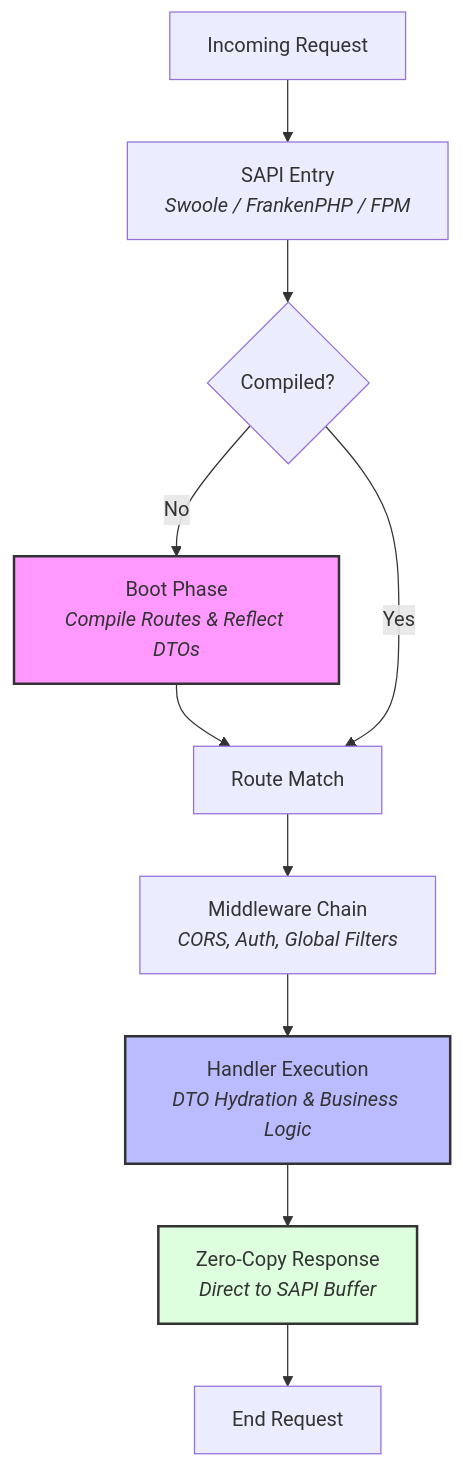
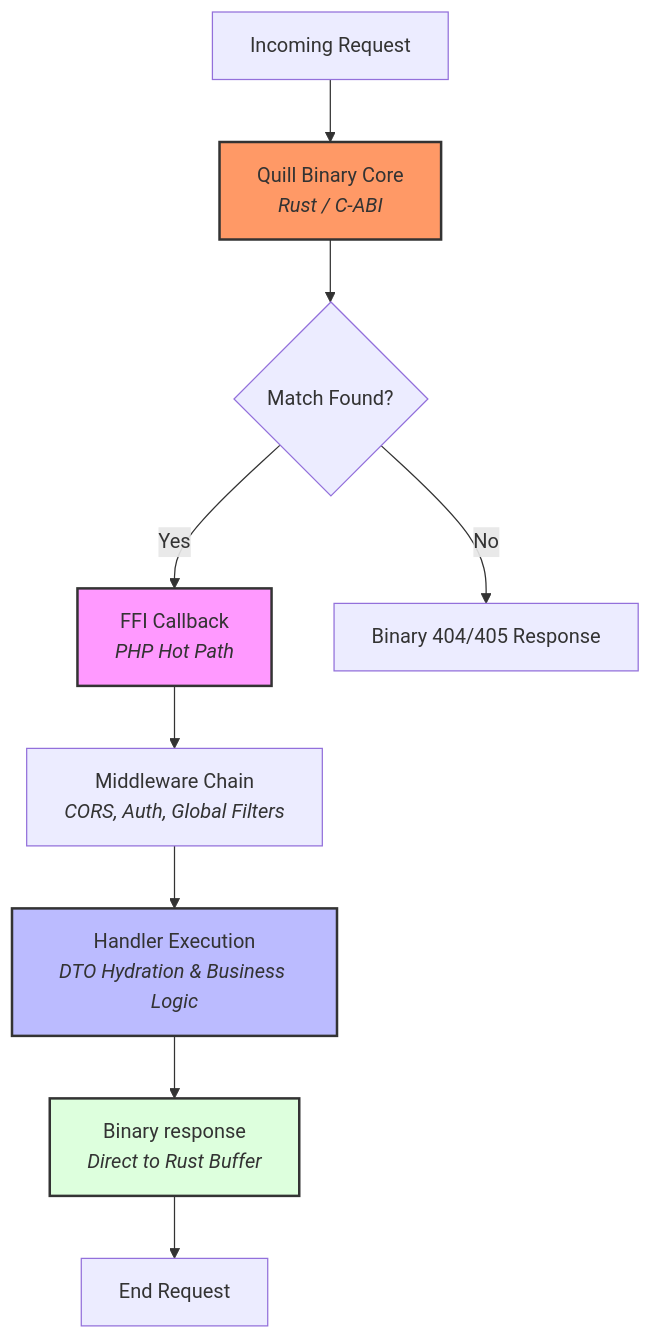
One commit to quillphp/quill changed the diagram in .github/docs/architecture.md. Above: the diagram before and after it, drawn with Mermaid. The commit also changed other lines of this file and 36 other files, not shown here.

Commit message:
refactor: replace Swoole dependency with native binary server and update internal namespaces

````diff
--- a/.github/docs/architecture.md
+++ b/.github/docs/architecture.md
@@ -11,16 +11,16 @@
 ```mermaid
 graph TD
-    A[Incoming Request] --> B[SAPI Entry<br/><i>Swoole / FrankenPHP / FPM</i>]
-    B --> C{Compiled?}
-    C -- No --> D["Boot Phase<br/><i>Compile Routes & Reflect DTOs</i>"]
-    D --> E[Route Match]
-    C -- Yes --> E
-    E --> F["Middleware Chain<br/><i>CORS, Auth, Global Filters</i>"]
-    F --> G["Handler Execution<br/><i>DTO Hydration & Business Logic</i>"]
-    G --> H["Zero-Copy Response<br/><i>Direct to SAPI Buffer</i>"]
-    H --> I[End Request]
+    A[Incoming Request] --> B[Quill Binary Core<br/><i>Rust / C-ABI</i>]
+    B --> C{Match Found?}
+    C -- Yes --> D["FFI Callback<br/><i>PHP Hot Path</i>"]
+    D --> E["Middleware Chain<br/><i>CORS, Auth, Global Filters</i>"]
+    E --> F["Handler Execution<br/><i>DTO Hydration & Business Logic</i>"]
+    F --> G["Binary response<br/><i>Direct to Rust Buffer</i>"]
+    G --> H[End Request]
+    C -- No --> I[Binary 404/405 Response]
 
+    style B fill:#f96,stroke:#333,stroke-width:2px
     style D fill:#f9f,stroke:#333,stroke-width:2px
-    style G fill:#bbf,stroke:#333,stroke-width:2px
-    style H fill:#dfd,stroke:#333,stroke-width:2px
+    style F fill:#bbf,stroke:#333,stroke-width:2px
+    style G fill:#dfd,stroke:#333,stroke-width:2px
 ```
````
